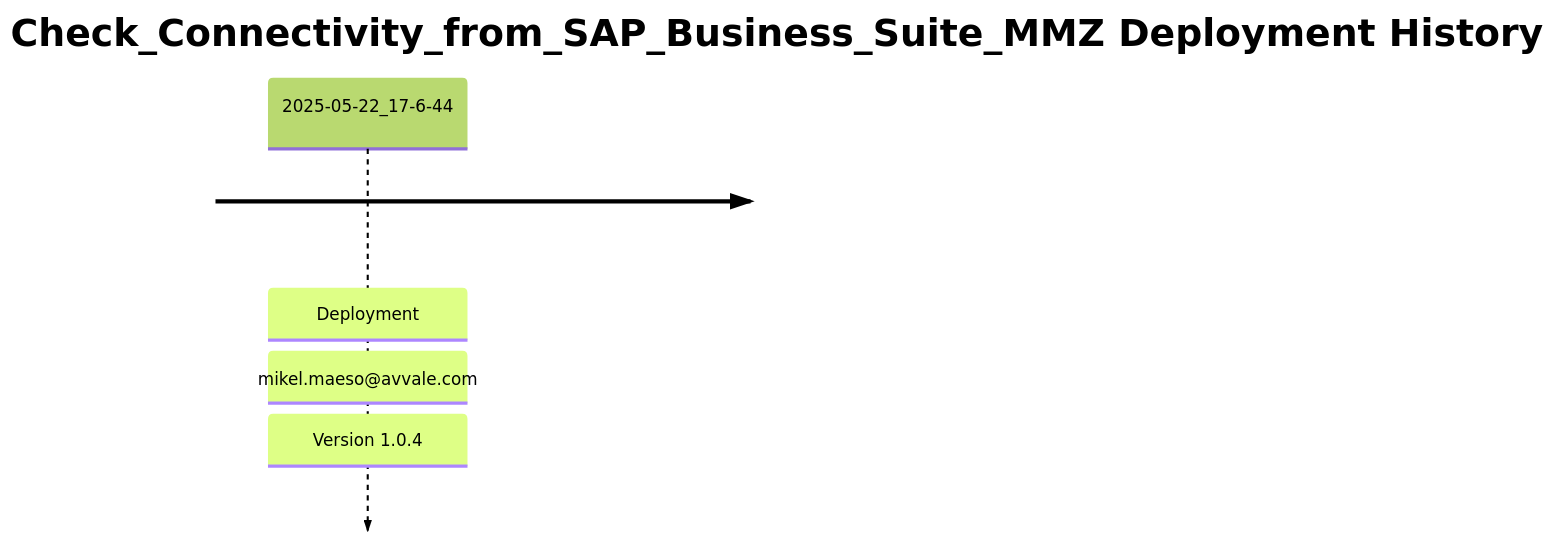
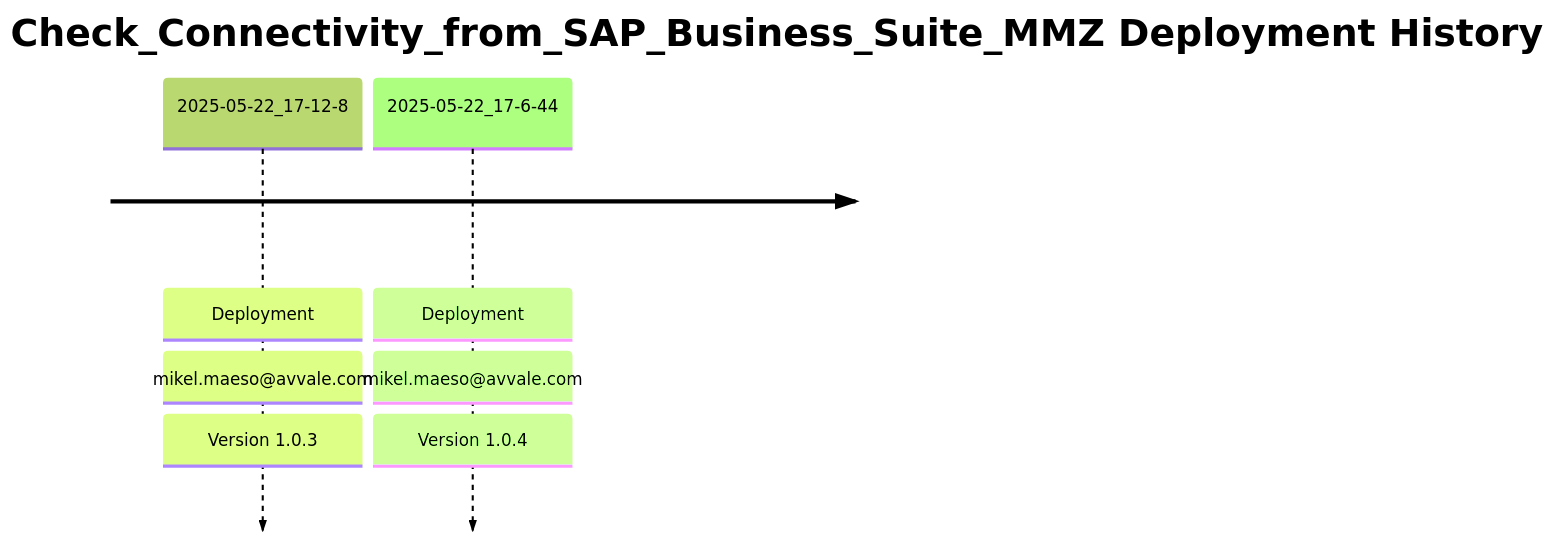
The diagram in MMZ - Cell Iflows/Check_Connectivity_from_SAP_Business_Suite_MMZ/README.md (Avvale-IA-CICD/AvvaleCPI), drawn with Mermaid before and after one commit. The commit also changed other lines of this file, not shown here.

Commit message:
docs: Update master README for MMZ - Cell Iflows/Check_Connectivity_from_SAP_Business_Suite_MMZ (v 1.0.3)

````diff
--- a/MMZ - Cell Iflows/Check_Connectivity_from_SAP_Business_Suite_MMZ/README.md
+++ b/MMZ - Cell Iflows/Check_Connectivity_from_SAP_Business_Suite_MMZ/README.md
@@ -7,6 +7,7 @@
 ```mermaid
 %%{init: { 'logLevel': 'debug', 'theme': 'forest' } }%%
 timeline
     title Check_Connectivity_from_SAP_Business_Suite_MMZ Deployment History
+    2025-05-22_17-12-8 : Deployment : mikel.maeso@avvale.com : Version 1.0.3
     2025-05-22_17-6-44 : Deployment : mikel.maeso@avvale.com : Version 1.0.4
 ```
````
